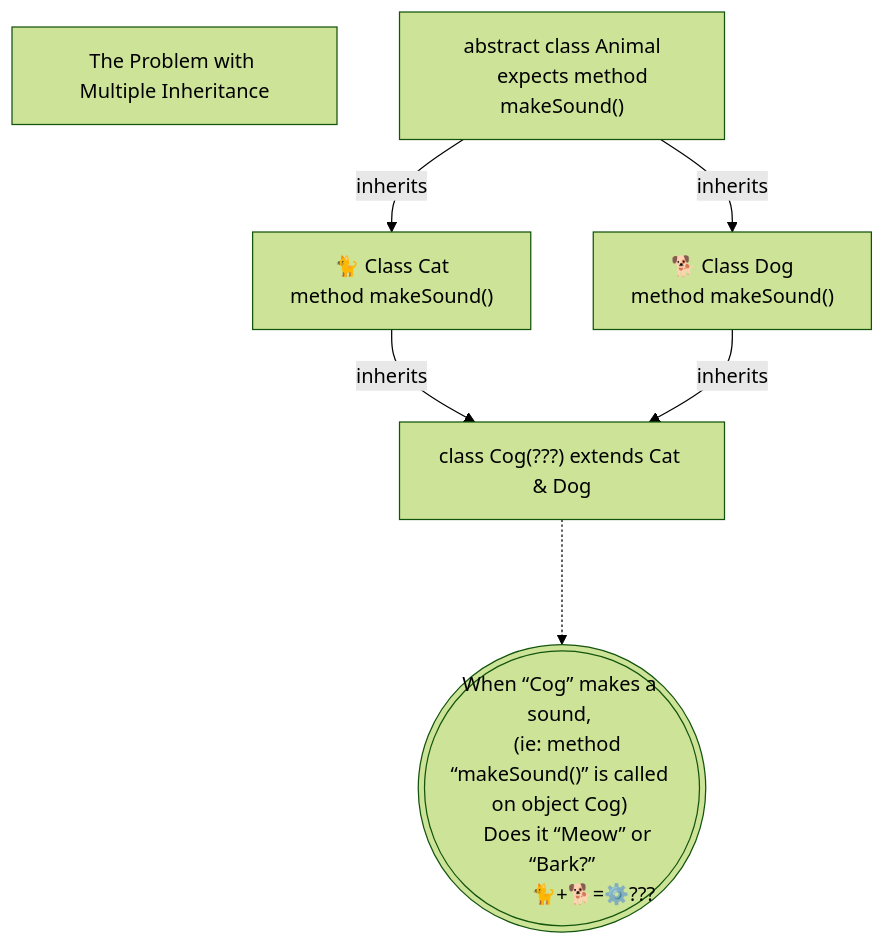
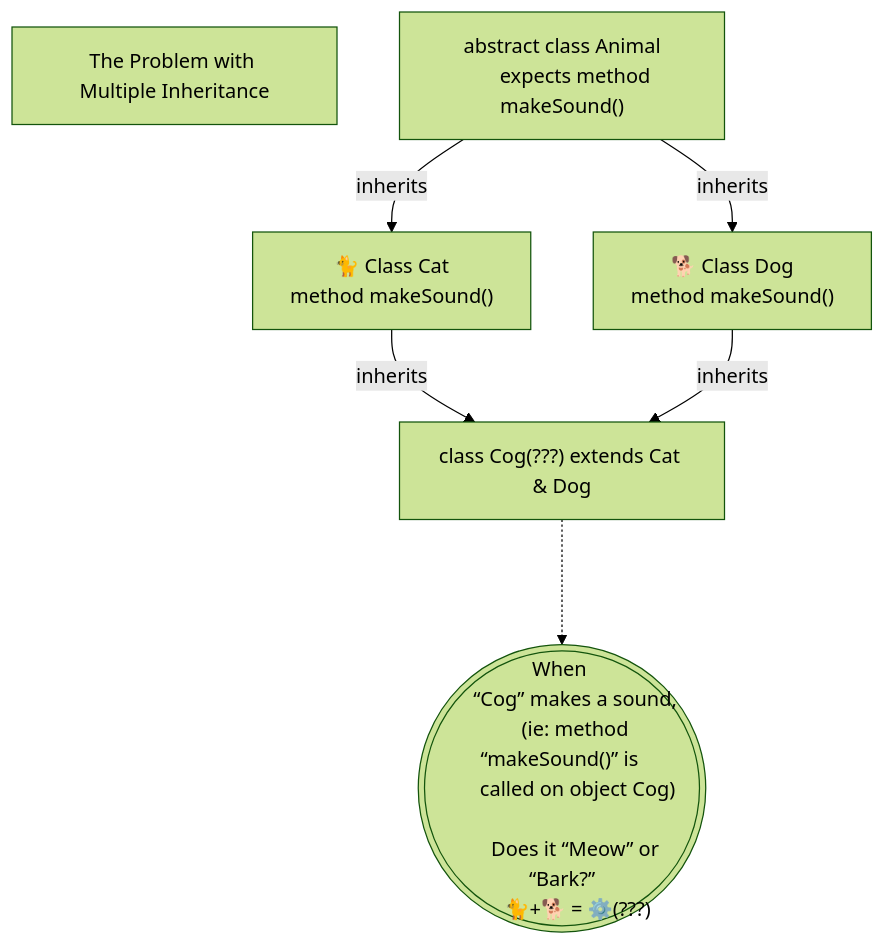
One commit to realityexpander/How_to_program_from_ground_up changed the sixth of 6 diagrams in 09-ClassOrientedProgramming.md. Above: the diagram before and after it, drawn with Mermaid (forest theme). The commit also changed other lines of this file, not shown here.

````diff
--- a/09-ClassOrientedProgramming.md
+++ b/09-ClassOrientedProgramming.md
@@ -719,19 +723,26 @@
     ```mermaid
       flowchart TD
          X["The Problem with Multiple Inheritance"]
          Animal["
-           abstract class Animal
-           expects method makeSound()
-         "] -->|inherits| Cat["🐈 Class Cat
+            abstract class Animal
+            expects method makeSound()
+         "] -->|inherits| Cat["
+            🐈 Class Cat
             method makeSound()
-         "] & Dog["🐕 Class Dog
-             method makeSound()
-         "]-->|inherits| Cog???["class Cog(???) extends Cat & Dog"]
+         "] & Dog["
+            🐕 Class Dog
+            method makeSound()
+            "]-->|inherits| Cog???["
+               class Cog(???) extends Cat & Dog
+            "]
       
          Cog??? -..-> Y((("
-         When “Cog” makes a sound, 
-         (ie: method “makeSound()” is called on object Cog) 
-         Does it “Meow” or “Bark?”
-                  🐈+🐕=⚙️???
+            When 
+            “Cog” makes a sound, 
+            (ie: method “makeSound()” is 
+             called on object Cog) 
+            
+            Does it “Meow” or “Bark?”
+            🐈+🐕 = ⚙️(???)
          "))) 
       ```
````
